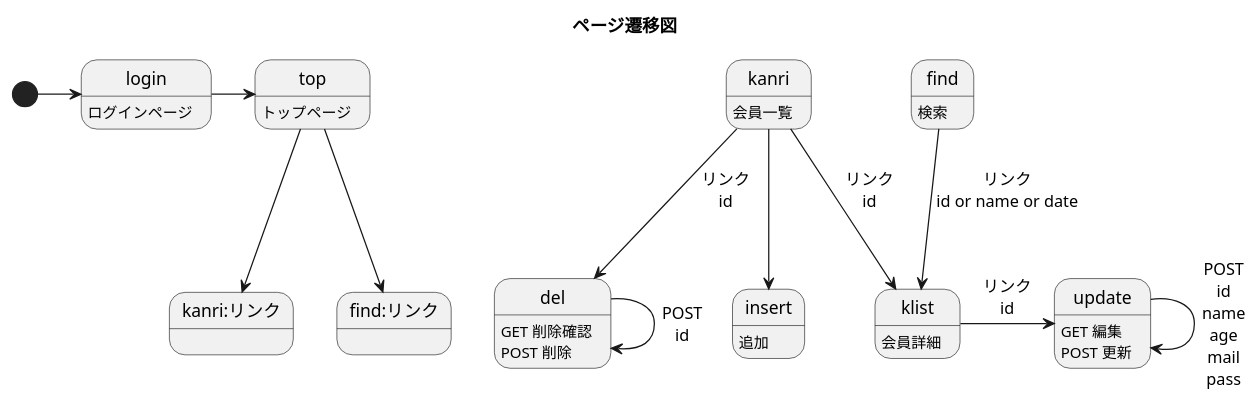
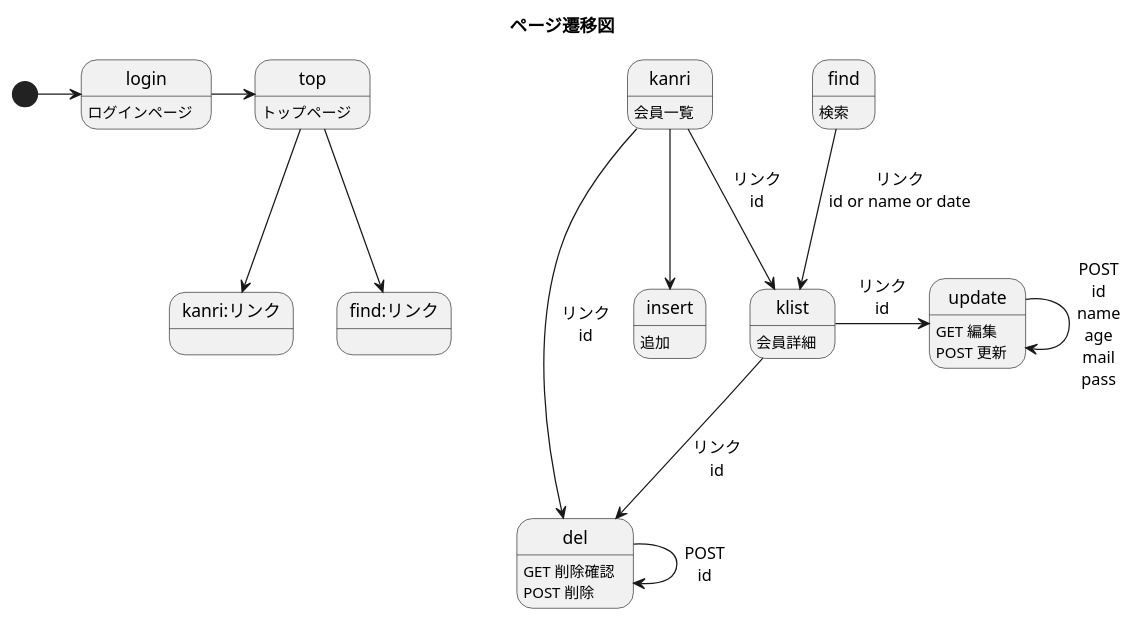
Before and after one commit to toufu66/ProjectC: the diagram in uml/admin_management.pu, drawn with PlantUML.

Commit message:
klistからdelに遷移

```diff
--- a/uml/admin_management.pu
+++ b/uml/admin_management.pu
@@ -1,25 +1,26 @@
 @startuml
 title ページ遷移図
 login:ログインページ
 top:トップページ
 kanri : 会員一覧
 del:GET 削除確認\nPOST 削除
 update:GET 編集\nPOST 更新
 insert:追加
 klist:会員詳細
 find:検索
 
 [*]->login
 login->top
 top-->kanri:リンク
 top-->find:リンク
 kanri-->del:リンク\nid
 kanri-->insert
 kanri-->klist:リンク\nid
 del-->del:POST\nid
 find-->klist:リンク\nid or name or date
+klist-->del:リンク\nid
 
 update-->update:POST\nid\nname\nage\nmail\npass
 klist->update:リンク\nid
 
 @enduml
```
